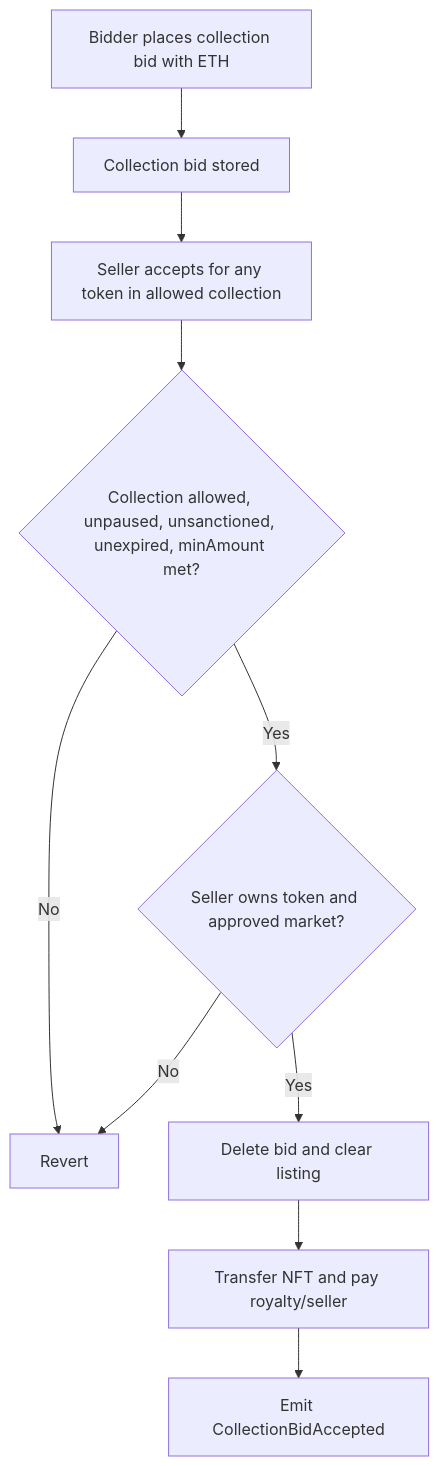
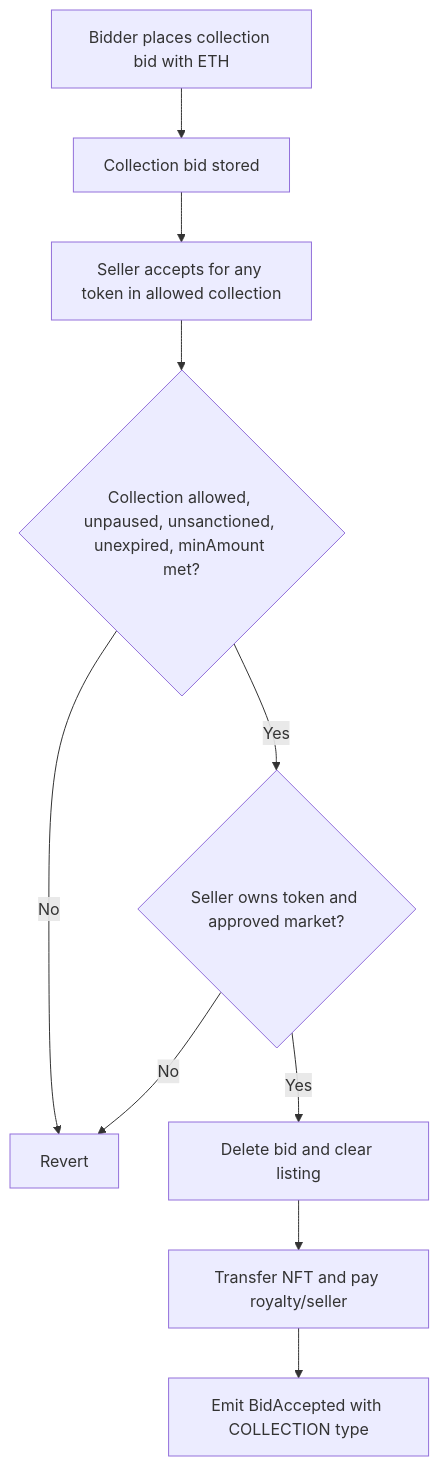
One commit to mpeyfuss/luci-market changed the third of 4 diagrams in README.md. Above: the diagram before and after it, drawn with Mermaid. The commit also changed other lines of this file and 6 other files, not shown here.

Commit message:
update to a shared bid interface using `BidType` and `BidSelector`

````diff
--- a/README.md
+++ b/README.md
@@ -83,12 +85,12 @@
 ```mermaid
 flowchart TD
     A[Bidder places collection bid with ETH] --> B[Collection bid stored]
     B --> C[Seller accepts for any token in allowed collection]
     C --> D{Collection allowed, unpaused, unsanctioned, unexpired, minAmount met?}
     D -- No --> X[Revert]
     D -- Yes --> E{Seller owns token and approved market?}
     E -- No --> X
     E -- Yes --> F[Delete bid and clear listing]
     F --> G[Transfer NFT and pay royalty/seller]
-    G --> H[Emit CollectionBidAccepted]
+    G --> H[Emit BidAccepted with COLLECTION type]
 ```
````
